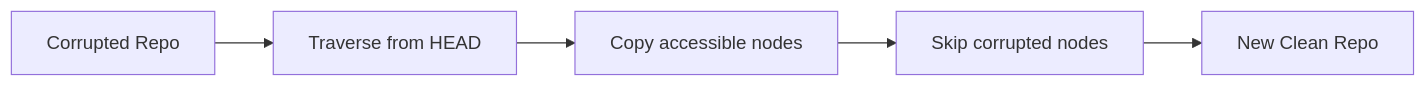
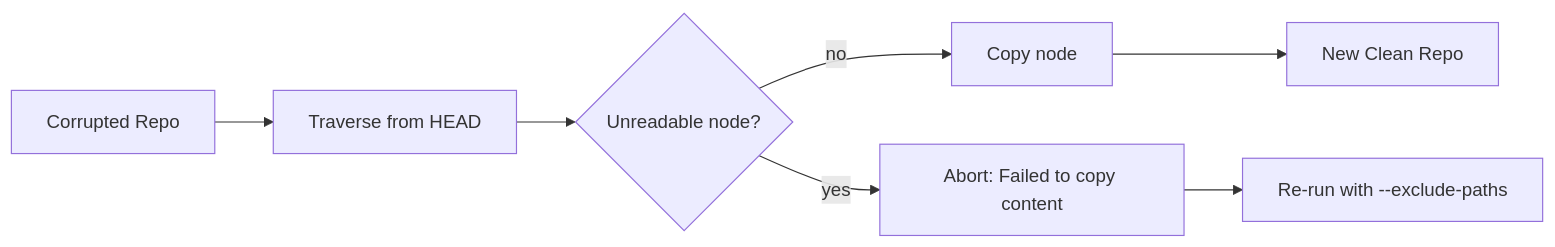
Before and after one commit to somarc/oak-magnum-oakus: the diagram in docs/recovery/sidegrade.md, drawn with Mermaid. The commit also changed other lines of this file and 32 other files, not shown here.

````diff
--- a/docs/recovery/sidegrade.md
+++ b/docs/recovery/sidegrade.md
@@ -26,7 +28,9 @@
 ```mermaid
 flowchart LR
     A[Corrupted Repo] --> B[Traverse from HEAD]
-    B --> C[Copy accessible nodes]
-    C --> D[Skip corrupted nodes]
+    B --> C{Unreadable node?}
+    C -->|no| D[Copy node]
+    C -->|yes| X[Abort: Failed to copy content]
     D --> E[New Clean Repo]
+    X --> F[Re-run with --exclude-paths]
 ```
````
